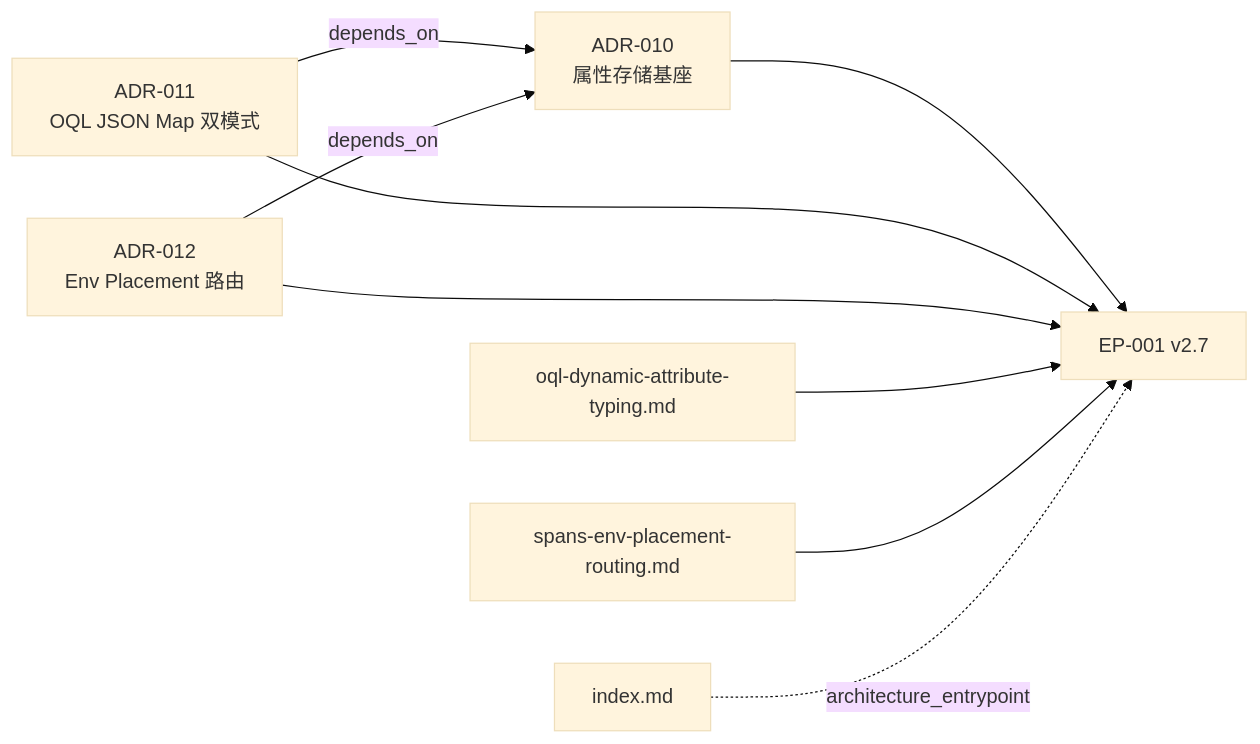
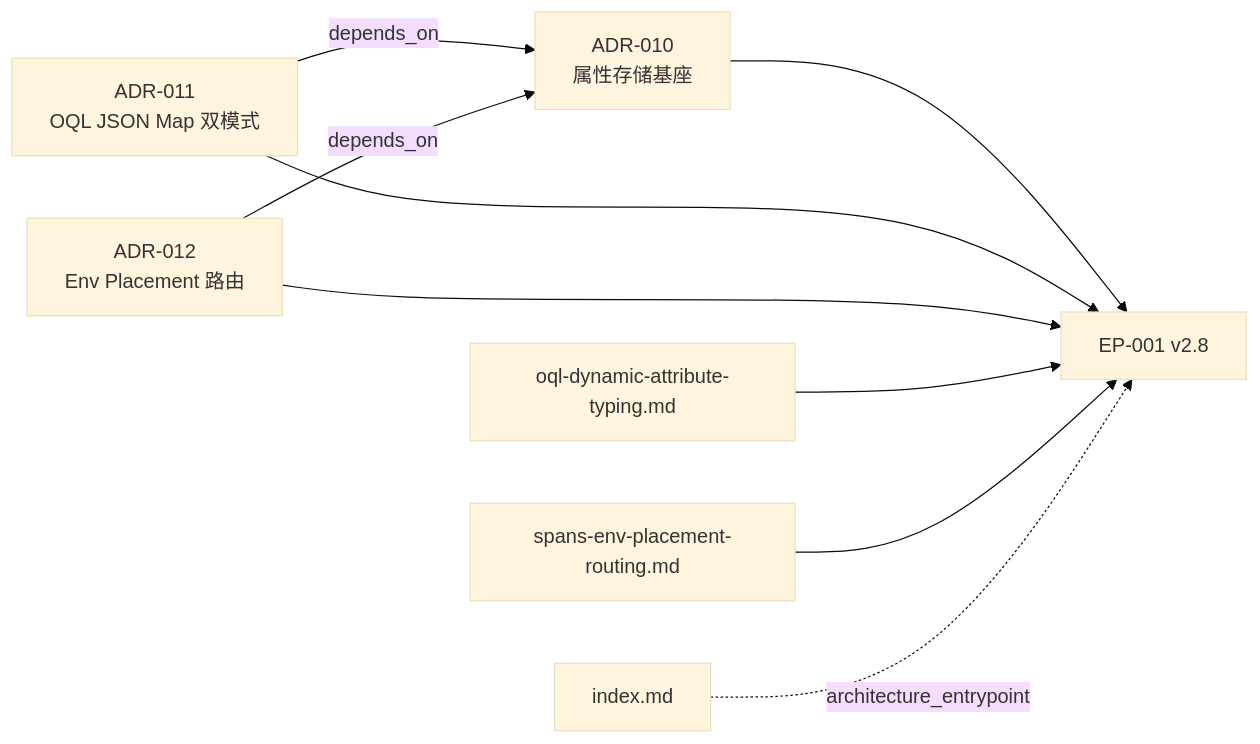
One commit to XiaoWeiKIN/RepoFoundryAI changed the diagram in engineering-execution-plan/examples/architecture-input-set/README.md. Above: the diagram before and after it, drawn with Mermaid (base theme). The commit also changed other lines of this file and 52 other files, not shown here.

````diff
--- a/engineering-execution-plan/examples/architecture-input-set/README.md
+++ b/engineering-execution-plan/examples/architecture-input-set/README.md
@@ -18,19 +18,19 @@
 ```mermaid
 flowchart LR
     A10["ADR-010<br/>属性存储基座"]
     A11["ADR-011<br/>OQL JSON Map 双模式"]
     A12["ADR-012<br/>Env Placement 路由"]
     D11["oql-dynamic-attribute-typing.md"]
     D12["spans-env-placement-routing.md"]
     IDX["index.md"]
-    EP["EP-001 v2.7"]
+    EP["EP-001 v2.8"]
 
     A11 -->|"depends_on"| A10
     A12 -->|"depends_on"| A10
     A10 --> EP
     A11 --> EP
     A12 --> EP
     D11 --> EP
     D12 --> EP
     IDX -.->|"architecture_entrypoint"| EP
 ```
````
